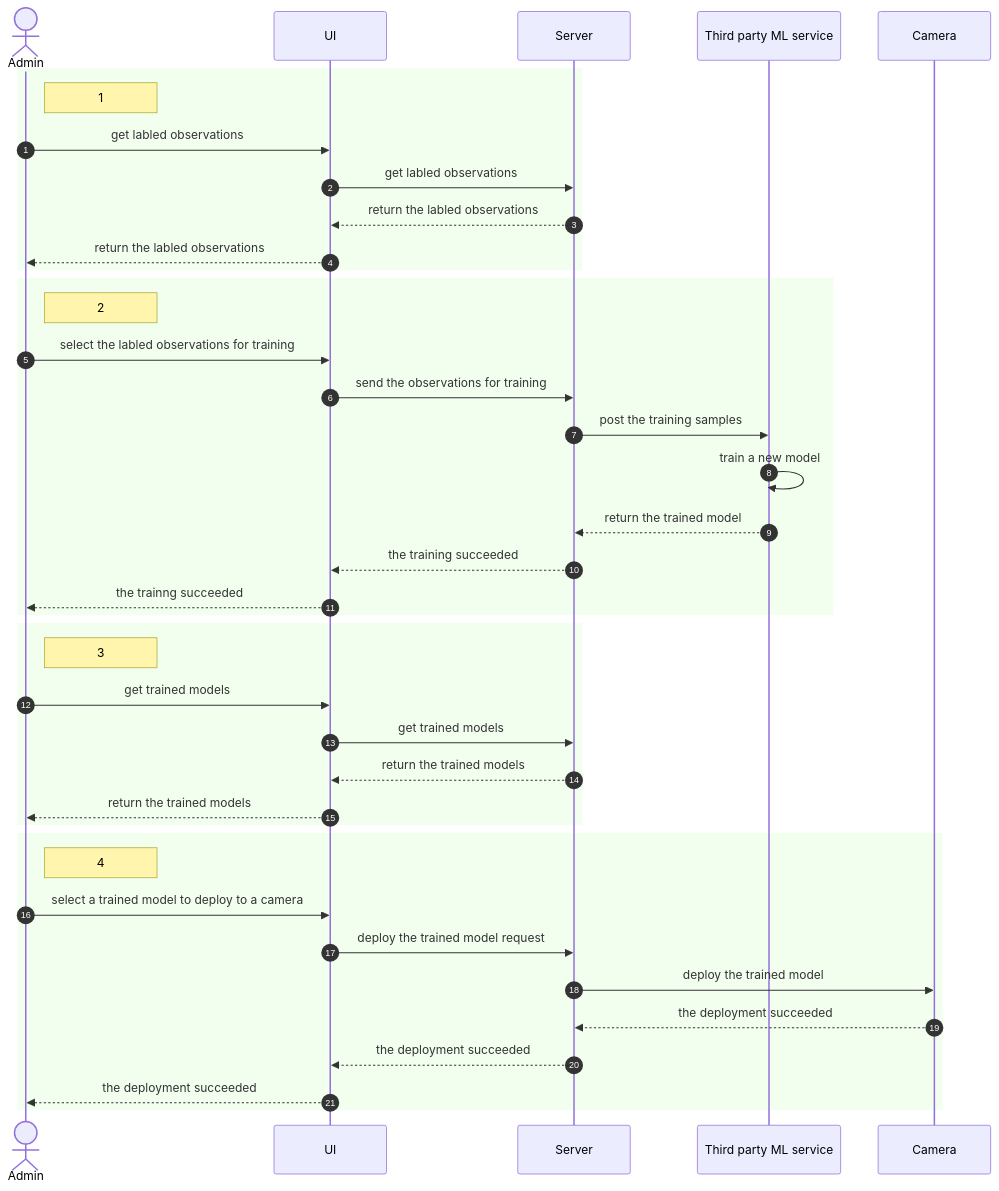
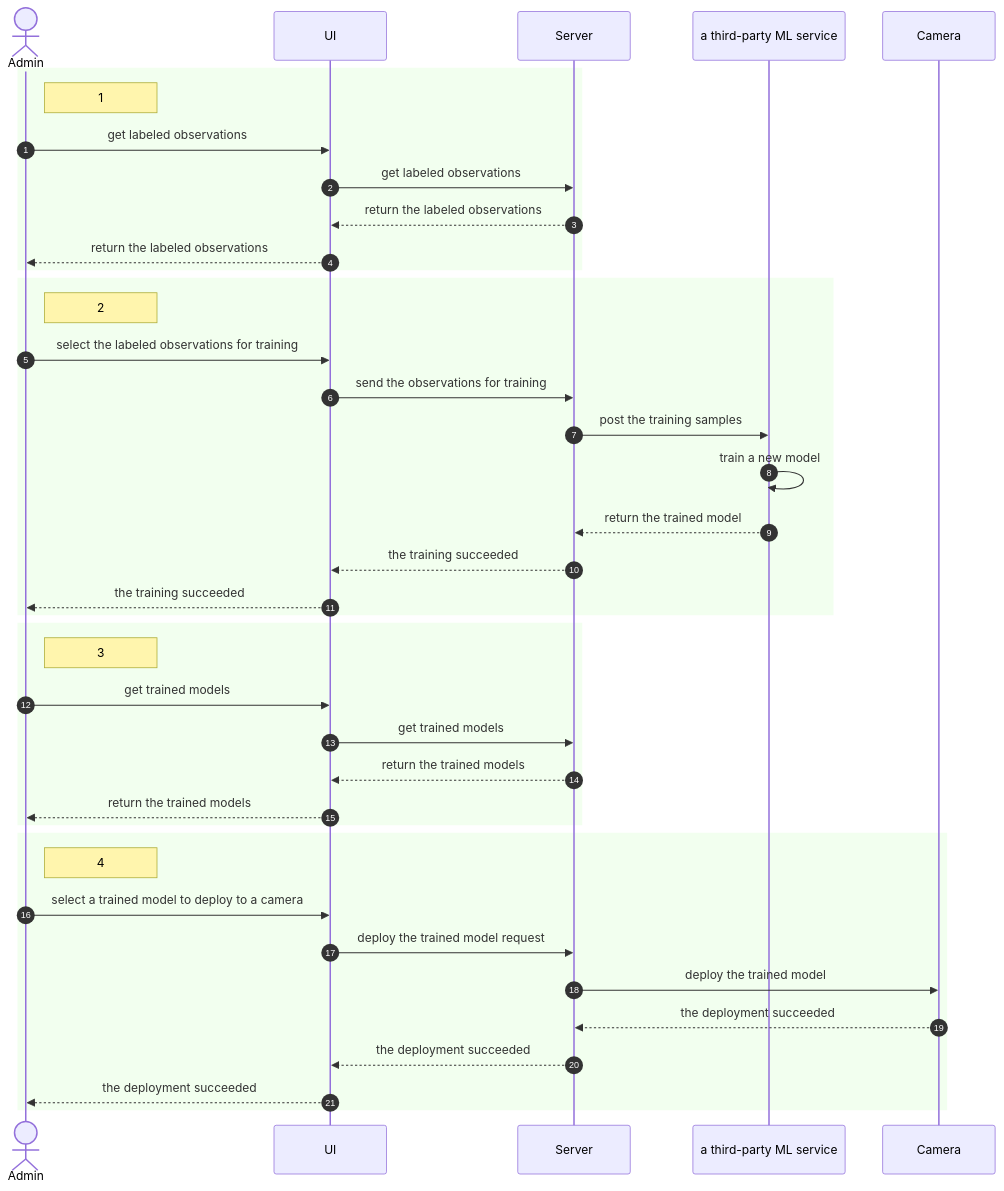
The fourth of 4 diagrams in README.md (dscherbak/rapid-response-katas), drawn with Mermaid before and after one commit. The commit also changed other lines of this file, not shown here.

````diff
--- a/README.md
+++ b/README.md
@@ -274,46 +273,46 @@
 ```mermaid
 sequenceDiagram
   actor adm as Admin
   participant ui as UI
   participant serv as Server
-  participant ml as Third party ML service
+  participant ml as a third-party ML service
   participant cam as Camera
   autonumber
 
   rect rgba(128, 255, 100, 0.1)
     note right of adm: 1
-    adm ->> ui: get labled observations
-    ui ->> serv: get labled observations
-    serv -->> ui: return the labled observations
-    ui -->> adm: return the labled observations
+    adm ->> ui: get labeled observations
+    ui ->> serv: get labeled observations
+    serv -->> ui: return the labeled observations
+    ui -->> adm: return the labeled observations
   end
 
   rect rgba(128, 255, 100, 0.1)
     note right of adm: 2
-    adm ->> ui: select the labled observations for training
+    adm ->> ui: select the labeled observations for training
     ui ->> serv: send the observations for training
     serv ->> ml: post the training samples
     ml ->> ml: train a new model
     ml -->> serv: return the trained model
     serv -->> ui: the training succeeded
-    ui -->> adm: the trainng succeeded
+    ui -->> adm: the training succeeded
   end
 
   rect rgba(128, 255, 100, 0.1)
     note right of adm: 3
     adm ->> ui: get trained models
     ui ->> serv: get trained models
     serv -->> ui: return the trained models
     ui -->> adm: return the trained models
   end
 
   rect rgba(128, 255, 100, 0.1)
     note right of adm: 4
     adm ->> ui: select a trained model to deploy to a camera
     ui ->> serv: deploy the trained model request
     serv ->> cam: deploy the trained model
     cam -->> serv: the deployment succeeded
     serv -->> ui: the deployment succeeded
     ui -->> adm: the deployment succeeded
   end
 ```
````
